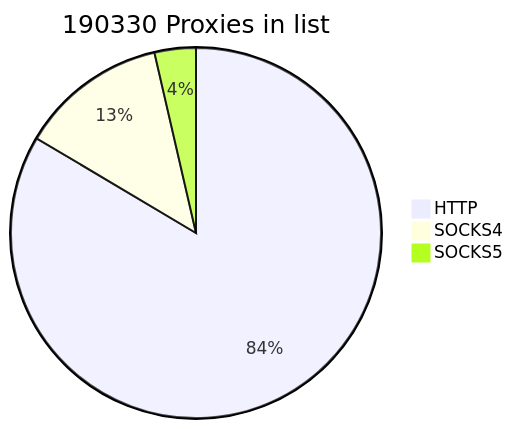
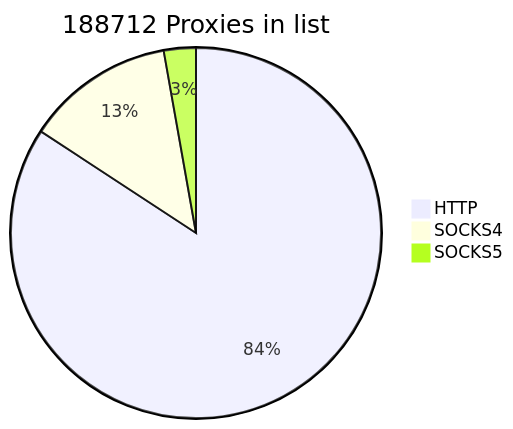
One commit to cutipu/proxylist changed the first of 2 diagrams in README.md. Above: the diagram before and after it, drawn with Mermaid. The commit also changed other lines of this file, not shown here.

````diff
--- a/README.md
+++ b/README.md
@@ -2,7 +2,7 @@
 ```mermaid
-pie title 190330 Proxies in list
-    "HTTP" : 158983
+pie title 188712 Proxies in list
+    "HTTP" : 158957
     "SOCKS4" : 24482
-    "SOCKS5" : 6865
+    "SOCKS5" : 5273
             
 ```
````
